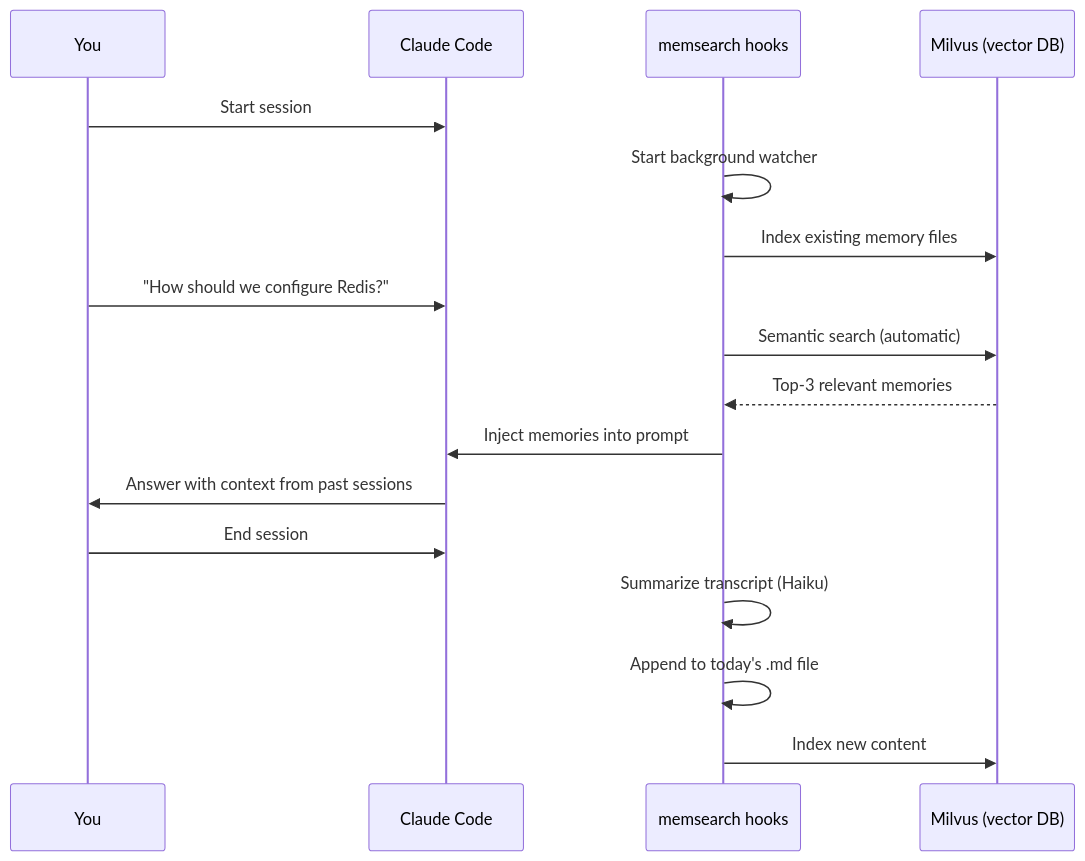
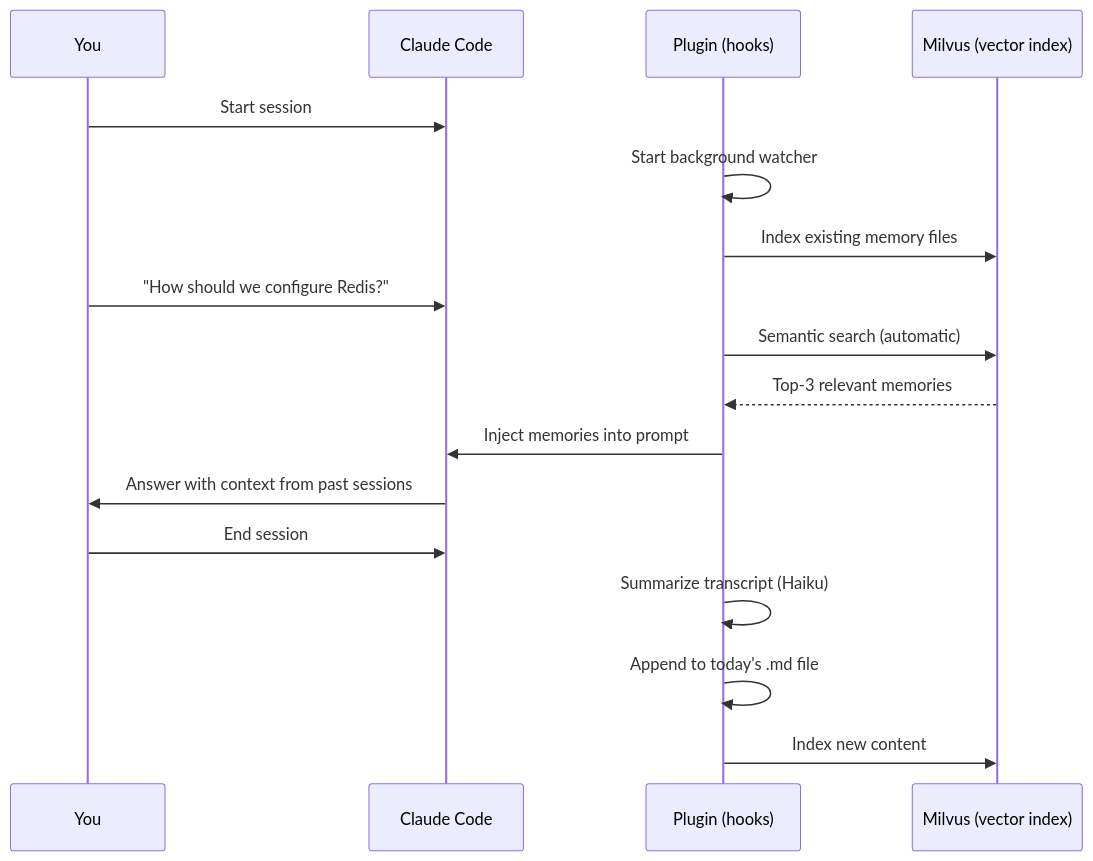
Before and after one commit to zc277584121/tempdocs: the first of 2 diagrams in devto-memsearch.md, drawn with Mermaid. The commit also changed other lines of this file, not shown here.

Commit message:
Add r/VectorDatabase draft; rewrite dev.to to focus on plugin

````diff
--- a/devto-memsearch.md
+++ b/devto-memsearch.md
@@ -48,22 +50,22 @@
 ```mermaid
 sequenceDiagram
     participant U as You
     participant C as Claude Code
-    participant H as memsearch hooks
-    participant M as Milvus (vector DB)
+    participant P as Plugin (hooks)
+    participant M as Milvus (vector index)
 
     U->>C: Start session
-    H->>H: Start background watcher
-    H->>M: Index existing memory files
+    P->>P: Start background watcher
+    P->>M: Index existing memory files
 
     U->>C: "How should we configure Redis?"
-    H->>M: Semantic search (automatic)
-    M-->>H: Top-3 relevant memories
-    H->>C: Inject memories into prompt
+    P->>M: Semantic search (automatic)
+    M-->>P: Top-3 relevant memories
+    P->>C: Inject memories into prompt
     C->>U: Answer with context from past sessions
 
     U->>C: End session
-    H->>H: Summarize transcript (Haiku)
-    H->>H: Append to today's .md file
-    H->>M: Index new content
+    P->>P: Summarize transcript (Haiku)
+    P->>P: Append to today's .md file
+    P->>M: Index new content
 ```
````
